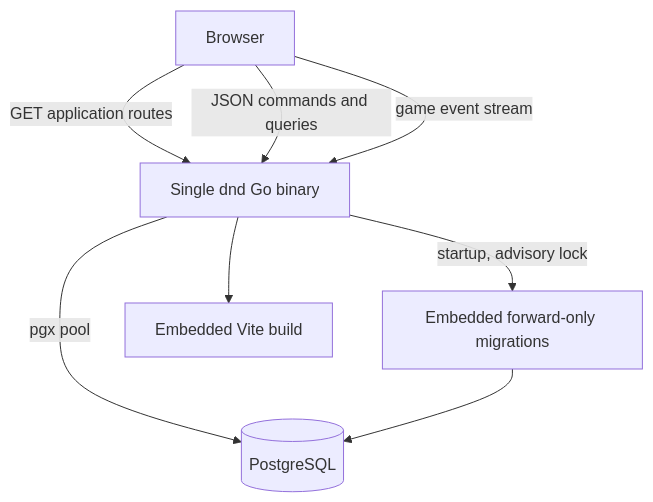
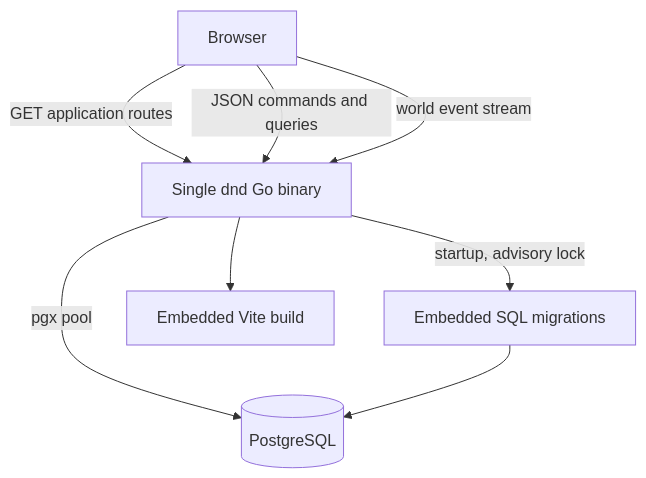
The first of 6 diagrams in docs/architecture.md (JTan2231/gezerah), drawn with Mermaid before and after one commit. The commit also changed other lines of this file and 110 other files, not shown here.

````diff
--- a/docs/architecture.md
+++ b/docs/architecture.md
@@ -43,16 +32,16 @@
 ```mermaid
 flowchart TB
     Client[Browser]
     Binary[Single dnd Go binary]
-    Migrations[Embedded forward-only migrations]
+    Migrations[Embedded SQL migrations]
     Static[Embedded Vite build]
     Postgres[(PostgreSQL)]
 
     Client -->|GET application routes| Binary
     Binary --> Static
     Client -->|JSON commands and queries| Binary
-    Client -->|game event stream| Binary
+    Client -->|world event stream| Binary
     Binary -->|pgx pool| Postgres
     Binary -->|startup, advisory lock| Migrations
     Migrations --> Postgres
 ```
````
